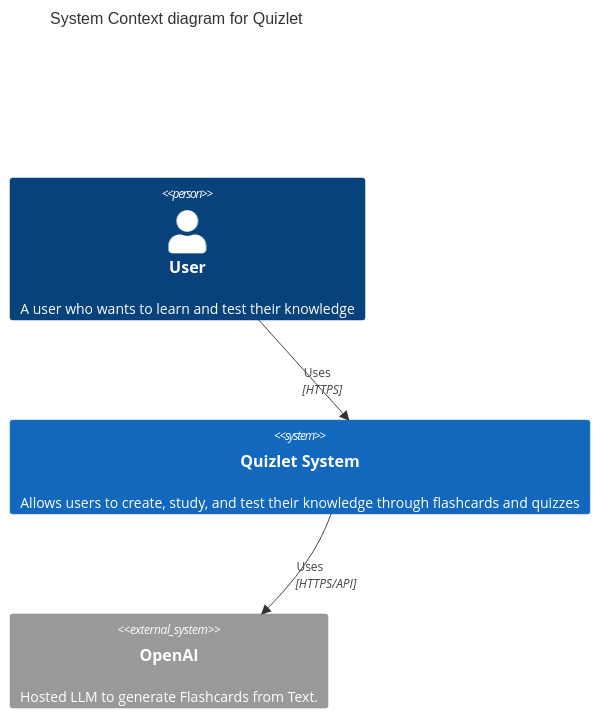
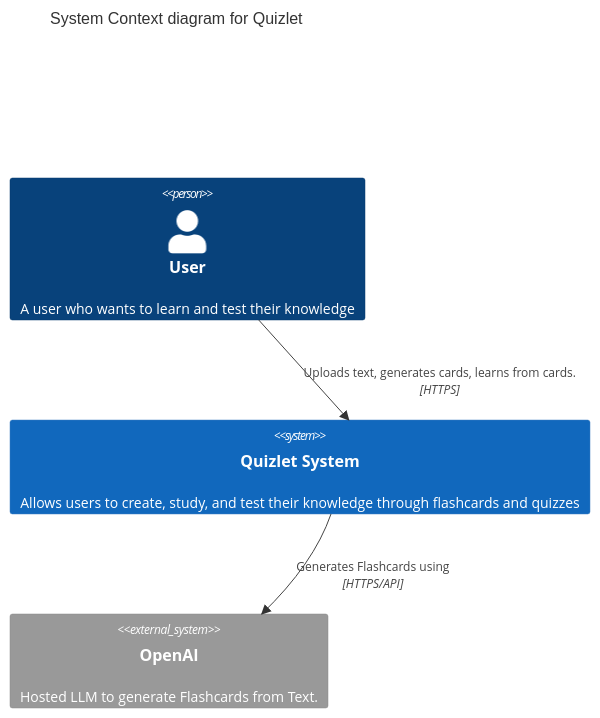
Before and after one commit to svenfahrni/AutoQuiz: the diagram in docs/index.md, drawn with Mermaid.

````diff
--- a/docs/index.md
+++ b/docs/index.md
@@ -7,15 +7,15 @@
 ```mermaid
 C4Context
     title System Context diagram for Quizlet
 
     Person(user, "User", "A user who wants to learn and test their knowledge")
     
     System(quizlet, "Quizlet System", "Allows users to create, study, and test their knowledge through flashcards and quizzes")
     
     System_Ext(openai, "OpenAI", "Hosted LLM to generate Flashcards from Text.")
     
-    Rel(user, quizlet, "Uses", "HTTPS")
-    Rel(quizlet, openai, "Uses", "HTTPS/API")
+    Rel(user, quizlet, "Uploads text, generates cards, learns from cards.", "HTTPS")
+    Rel(quizlet, openai, "Generates Flashcards using", "HTTPS/API")
     
     UpdateLayoutConfig($c4ShapeInRow="1", $c4BoundaryInRow="1")
 ```
````
